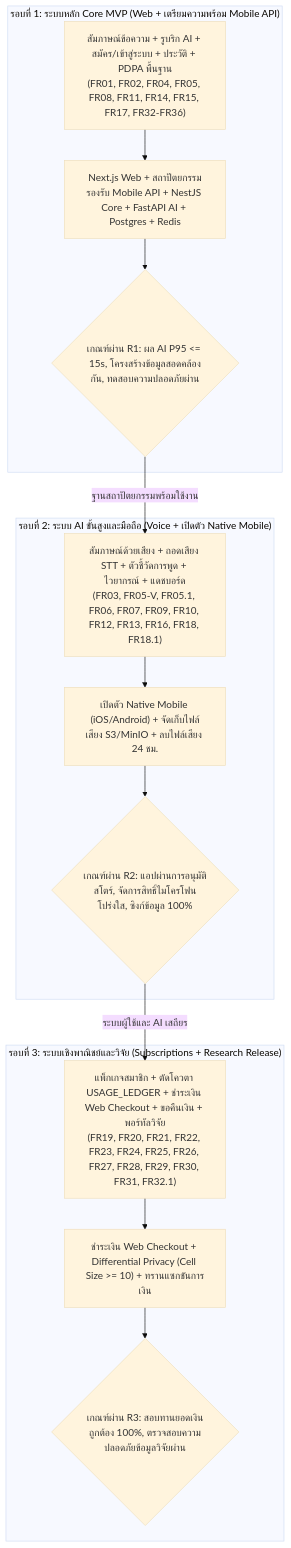
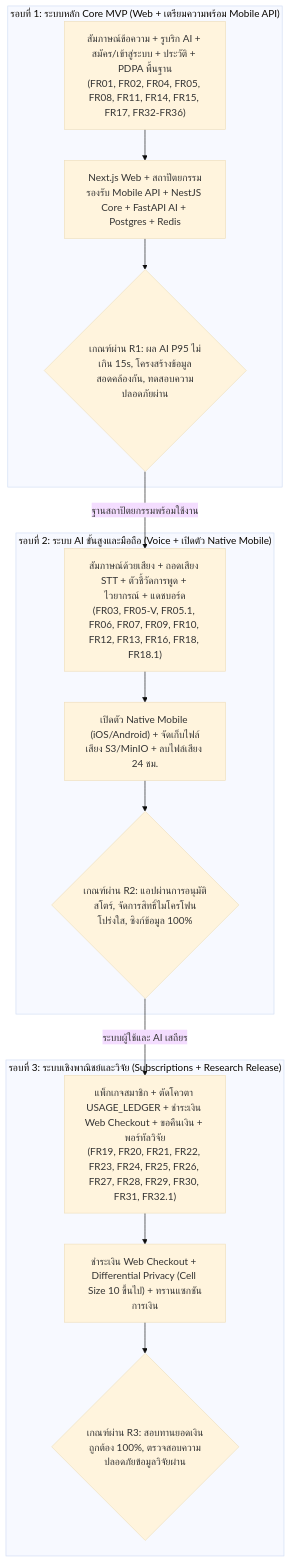
Before and after one commit to Phoomss/interviewx-datahub: the second of 26 diagrams in docs-interviex/03_SRS_Requirements/InterviewX_SRS_Report_Revised_TH.md, drawn with Mermaid (base theme). The commit also changed other lines of this file and 21 other files, not shown here.

Commit message:
fix error Unable to render rich display for all diagram

````diff
--- a/docs-interviex/03_SRS_Requirements/InterviewX_SRS_Report_Revised_TH.md
+++ b/docs-interviex/03_SRS_Requirements/InterviewX_SRS_Report_Revised_TH.md
@@ -198,26 +198,26 @@
 ```mermaid
 flowchart TD
   subgraph R1["รอบที่ 1: ระบบหลัก Core MVP (Web + เตรียมความพร้อม Mobile API)"]
-    R1_Scope["สัมภาษณ์ข้อความ + รูบริก AI + สมัคร/เข้าสู่ระบบ + ประวัติ + PDPA พื้นฐาน\n(FR01, FR02, FR04, FR05, FR08, FR11, FR14, FR15, FR17, FR32-FR36)"]
+    R1_Scope["สัมภาษณ์ข้อความ + รูบริก AI + สมัคร/เข้าสู่ระบบ + ประวัติ + PDPA พื้นฐาน<br/>(FR01, FR02, FR04, FR05, FR08, FR11, FR14, FR15, FR17, FR32-FR36)"]
     R1_Arch["Next.js Web + สถาปัตยกรรมรองรับ Mobile API + NestJS Core + FastAPI AI + Postgres + Redis"]
-    R1_Gate{"เกณฑ์ผ่าน R1: ผล AI P95 <= 15s, โครงสร้างข้อมูลสอดคล้องกัน, ทดสอบความปลอดภัยผ่าน"}
+    R1_Gate{"เกณฑ์ผ่าน R1: ผล AI P95 ไม่เกิน 15s, โครงสร้างข้อมูลสอดคล้องกัน, ทดสอบความปลอดภัยผ่าน"}
     R1_Scope --> R1_Arch --> R1_Gate
   end
 
   subgraph R2["รอบที่ 2: ระบบ AI ขั้นสูงและมือถือ (Voice + เปิดตัว Native Mobile)"]
-    R2_Scope["สัมภาษณ์ด้วยเสียง + ถอดเสียง STT + ตัวชี้วัดการพูด + ไวยากรณ์ + แดชบอร์ด\n(FR03, FR05-V, FR05.1, FR06, FR07, FR09, FR10, FR12, FR13, FR16, FR18, FR18.1)"]
+    R2_Scope["สัมภาษณ์ด้วยเสียง + ถอดเสียง STT + ตัวชี้วัดการพูด + ไวยากรณ์ + แดชบอร์ด<br/>(FR03, FR05-V, FR05.1, FR06, FR07, FR09, FR10, FR12, FR13, FR16, FR18, FR18.1)"]
     R2_Arch["เปิดตัว Native Mobile (iOS/Android) + จัดเก็บไฟล์เสียง S3/MinIO + ลบไฟล์เสียง 24 ชม."]
     R2_Gate{"เกณฑ์ผ่าน R2: แอปผ่านการอนุมัติสโตร์, จัดการสิทธิ์ไมโครโฟนโปร่งใส, ซิงก์ข้อมูล 100%"}
     R2_Scope --> R2_Arch --> R2_Gate
   end
 
   subgraph R3["รอบที่ 3: ระบบเชิงพาณิชย์และวิจัย (Subscriptions + Research Release)"]
-    R3_Scope["แพ็กเกจสมาชิก + ตัดโควตา USAGE_LEDGER + ชำระเงิน Web Checkout + ขอคืนเงิน + พอร์ทัลวิจัย\n(FR19, FR20, FR21, FR22, FR23, FR24, FR25, FR26, FR27, FR28, FR29, FR30, FR31, FR32.1)"]
-    R3_Arch["ชำระเงิน Web Checkout + Differential Privacy (Cell Size >= 10) + ทรานแซกชันการเงิน"]
+    R3_Scope["แพ็กเกจสมาชิก + ตัดโควตา USAGE_LEDGER + ชำระเงิน Web Checkout + ขอคืนเงิน + พอร์ทัลวิจัย<br/>(FR19, FR20, FR21, FR22, FR23, FR24, FR25, FR26, FR27, FR28, FR29, FR30, FR31, FR32.1)"]
+    R3_Arch["ชำระเงิน Web Checkout + Differential Privacy (Cell Size 10 ขึ้นไป) + ทรานแซกชันการเงิน"]
     R3_Gate{"เกณฑ์ผ่าน R3: สอบทานยอดเงินถูกต้อง 100%, ตรวจสอบความปลอดภัยข้อมูลวิจัยผ่าน"}
     R3_Scope --> R3_Arch --> R3_Gate
   end
 
   R1_Gate -->|"ฐานสถาปัตยกรรมพร้อมใช้งาน"| R2_Scope
   R2_Gate -->|"ระบบผู้ใช้และ AI เสถียร"| R3_Scope
 ```
````
